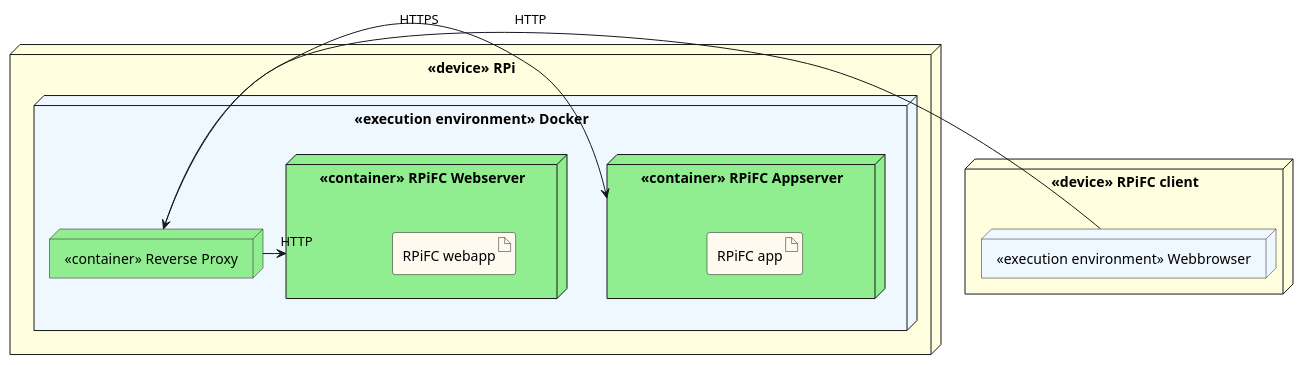
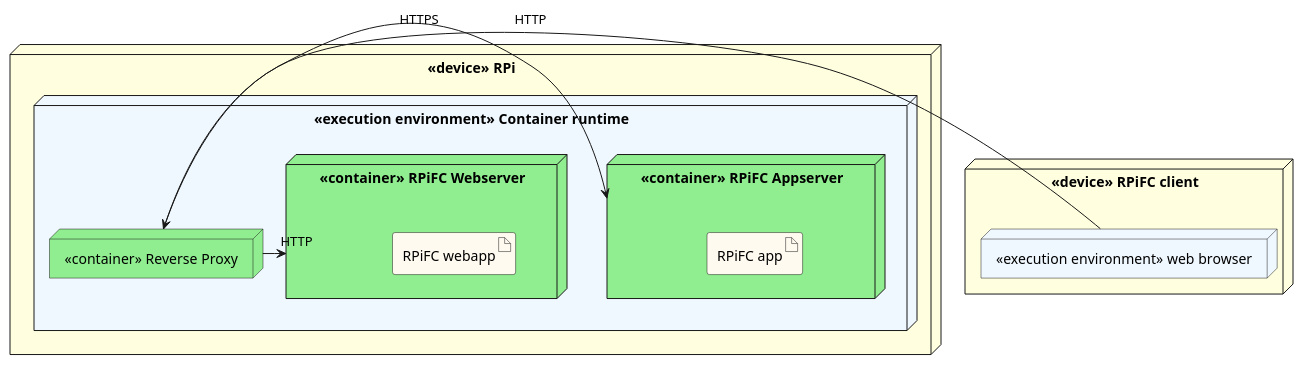
One commit to therealthingy/rpi-pwm changed the fifth of 6 diagrams in docs/wsi/homework/doc/presentation.adoc. Above: the diagram before and after it, drawn with PlantUML. The commit also changed other lines of this file, not shown here.

```diff
--- a/docs/wsi/homework/doc/presentation.adoc
+++ b/docs/wsi/homework/doc/presentation.adoc
@@ -142,26 +150,26 @@
 [plantuml, generated-diagrams/diagram-rpifc_deployment, png]
 -----
 node "<<device>> RPiFC client" as device_client #lightyellow {
-  node "<<execution environment>> Webbrowser" as device_client_webbrowser #aliceblue
+  node "<<execution environment>> web browser" as device_client_webbrowser #aliceblue
 }
 
 node "<<device>> RPi" as device_server #lightyellow {
-  node "<<execution environment>> Docker" #aliceblue {
+  node "<<execution environment>> Container runtime" #aliceblue {
     node "<<container>> RPiFC Appserver" as device_server_container_rpifc_app #lightgreen {
       artifact "RPiFC app" #floralwhite
     }
 
     node "<<container>> RPiFC Webserver" as device_server_container_rpifc_web #lightgreen {
       artifact "RPiFC webapp" #floralwhite
     }
 
     node "<<container>> Reverse Proxy" as device_server_container_revproxy #lightgreen
 
     device_server_container_revproxy -> device_server_container_rpifc_web: HTTP
     device_server_container_revproxy -> device_server_container_rpifc_app: HTTP
   }
 }
 
 device_client_webbrowser -> device_server_container_revproxy: HTTPS
 @enduml
 -----
```
